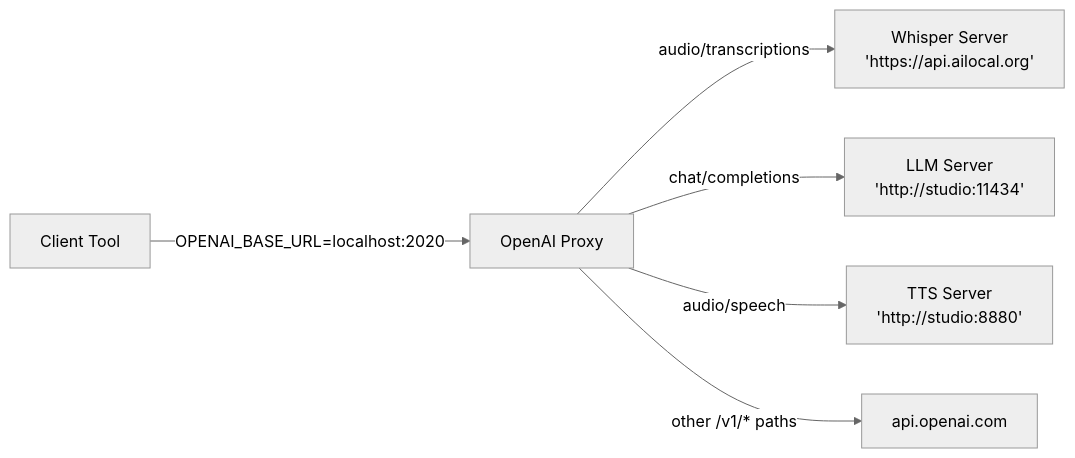
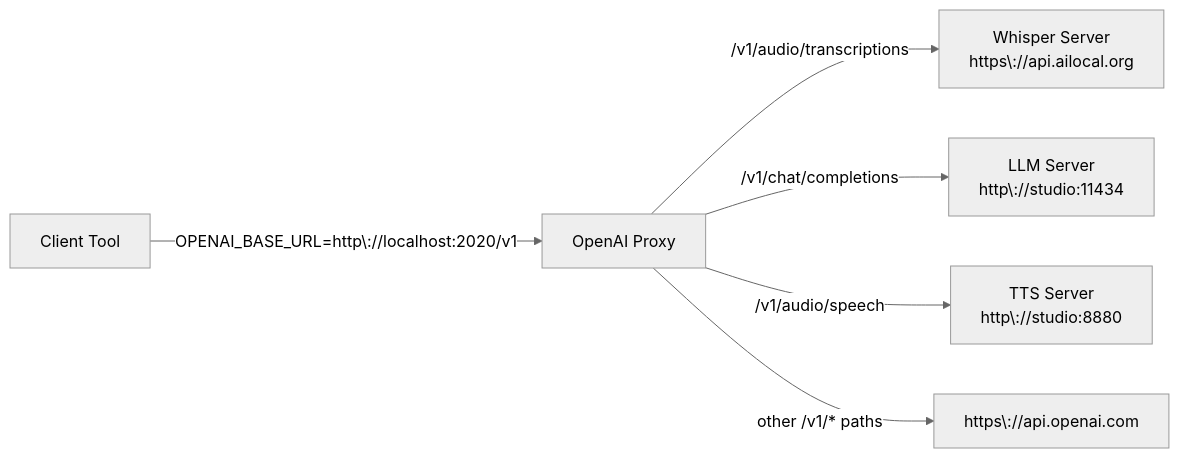
One commit to ailocal/openai-proxy changed the diagram in docs/architecture.md. Above: the diagram before and after it, drawn with Mermaid (neutral theme). The commit also changed 2 other files, not shown here.

Commit message:
docs: Add architecture diagram and explanation to README and docs

````diff
--- a/docs/architecture.md
+++ b/docs/architecture.md
@@ -5,9 +5,9 @@
 ```mermaid
 graph LR
-    A["Client Tool"] -->|"OPENAI_BASE_URL=localhost:2020"| B["OpenAI Proxy"]
+    A["Client Tool"] -->|"OPENAI_BASE_URL=http\://localhost:2020/v1"| B["OpenAI Proxy"]
     
-    B -->|"audio/transcriptions"| C["Whisper Server\n'https://api.ailocal.org'"]
-    B -->|"chat/completions"| D["LLM Server\n'http://studio:11434'"]
-    B -->|"audio/speech"| E["TTS Server\n'http://studio:8880'"]
-    B -->|"other /v1/* paths"| F["api.openai.com"]
+    B -->|"/v1/audio/transcriptions"| C["Whisper Server<br/>https\://api.ailocal.org"]
+    B -->|"/v1/chat/completions"| D["LLM Server<br/>http\://studio:11434"]
+    B -->|"/v1/audio/speech"| E["TTS Server<br/>http\://studio:8880"]
+    B -->|"other /v1/* paths"| F["https\://api.openai.com"]
 ```
````
